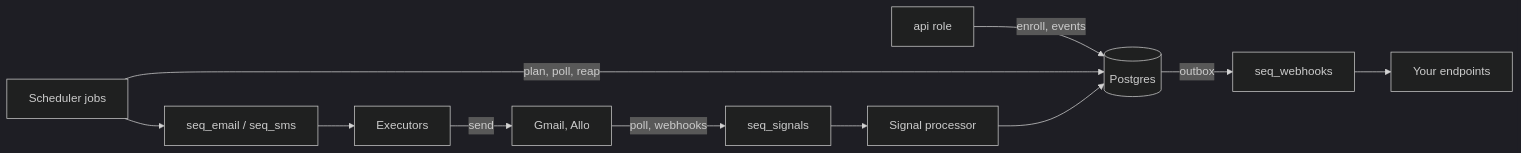
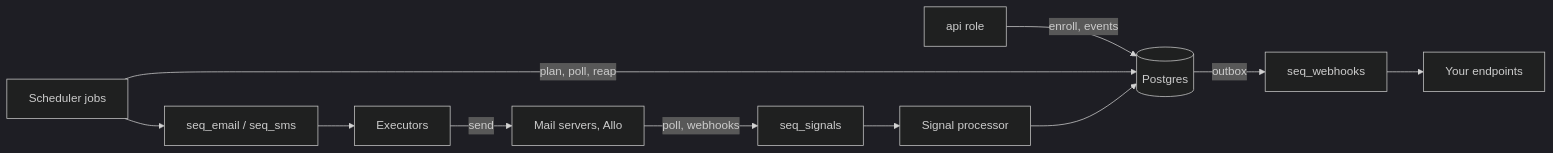
Before and after one commit to lguerberg/open-sequence: the diagram in packages/docs/content/docs/docs/get-started/architecture.mdx, drawn with Mermaid (dark theme). The commit also changed other lines of this file and 140 other files, not shown here.

````diff
--- a/packages/docs/content/docs/docs/get-started/architecture.mdx
+++ b/packages/docs/content/docs/docs/get-started/architecture.mdx
@@ -8,13 +8,13 @@
 ```mermaid
 flowchart LR
   API[api role] -->|enroll, events| DB[(Postgres)]
   SCH[Scheduler jobs] -->|plan, poll, reap| DB
   SCH --> QE[seq_email / seq_sms]
   QE --> EX[Executors]
-  EX -->|send| PRV[Gmail, Allo]
+  EX -->|send| PRV[Mail servers, Allo]
   PRV -->|poll, webhooks| SG[seq_signals]
   SG --> SP[Signal processor]
   SP --> DB
   DB -->|outbox| QW[seq_webhooks]
   QW --> WH[Your endpoints]
 ```
````
